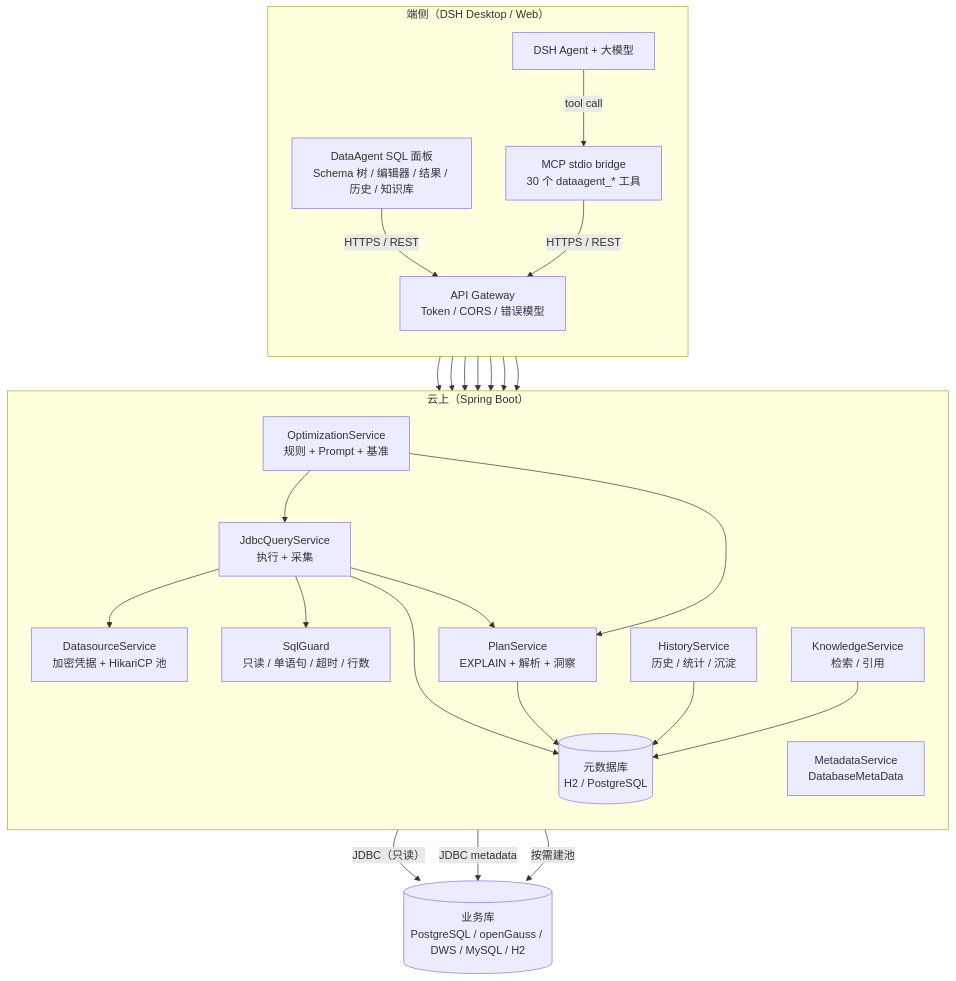
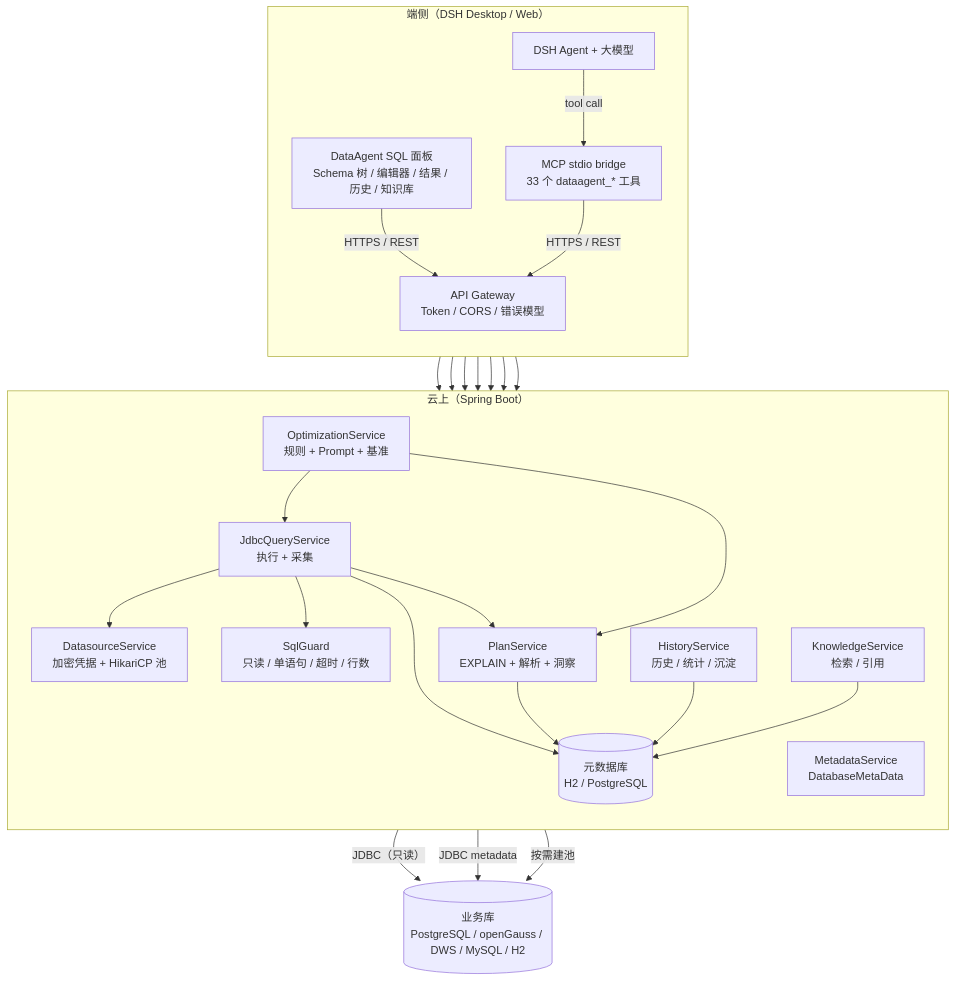
One commit to whllowp/DataAgent changed the first of 6 diagrams in docs/ARCHITECTURE.md. Above: the diagram before and after it, drawn with Mermaid. The commit also changed other lines of this file and 32 other files, not shown here.

````diff
--- a/docs/ARCHITECTURE.md
+++ b/docs/ARCHITECTURE.md
@@ -25,47 +25,47 @@
 ```mermaid
 flowchart TB
   subgraph Edge["端侧（DSH Desktop / Web）"]
     direction TB
     Panel["DataAgent SQL 面板<br/>Schema 树 / 编辑器 / 结果 / 历史 / 知识库"]
     DSH["DSH Agent + 大模型"]
-    MCP["MCP stdio bridge<br/>30 个 dataagent_* 工具"]
+    MCP["MCP stdio bridge<br/>33 个 dataagent_* 工具"]
     Panel -->|"HTTPS / REST"| Gateway
     DSH -->|"tool call"| MCP
     MCP -->|"HTTPS / REST"| Gateway
   end
 
   subgraph Cloud["云上（Spring Boot）"]
     direction TB
     Gateway["API Gateway<br/>Token / CORS / 错误模型"]
     DS["DatasourceService<br/>加密凭据 + HikariCP 池"]
     Meta["MetadataService<br/>DatabaseMetaData"]
     Guard["SqlGuard<br/>只读 / 单语句 / 超时 / 行数"]
     Exec["JdbcQueryService<br/>执行 + 采集"]
     Plan["PlanService<br/>EXPLAIN + 解析 + 洞察"]
     Hist["HistoryService<br/>历史 / 统计 / 沉淀"]
     KB["KnowledgeService<br/>检索 / 引用"]
     Opt["OptimizationService<br/>规则 + Prompt + 基准"]
     Store[("元数据库<br/>H2 / PostgreSQL")]
     Gateway --> DS
     Gateway --> Meta
     Gateway --> Guard
     Gateway --> Exec
     Gateway --> Hist
     Gateway --> KB
     Gateway --> Opt
     Exec --> Guard
     Exec --> DS
     Exec --> Plan
     Exec --> Store
     Plan --> Store
     Hist --> Store
     KB --> Store
     Opt --> Exec
     Opt --> Plan
   end
 
   DB[("业务库<br/>PostgreSQL / openGauss / DWS / MySQL / H2")]
   Exec -->|"JDBC（只读）"| DB
   Meta -->|"JDBC metadata"| DB
   DS -->|"按需建池"| DB
 ```
````
